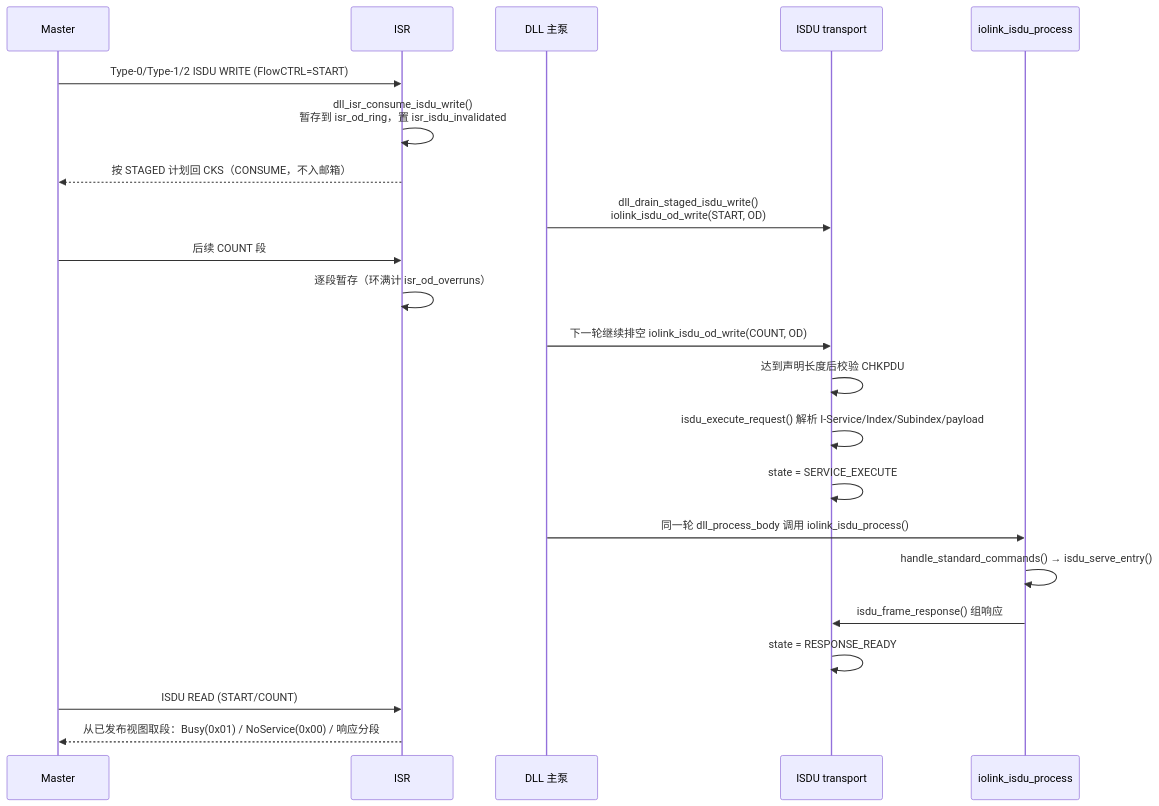
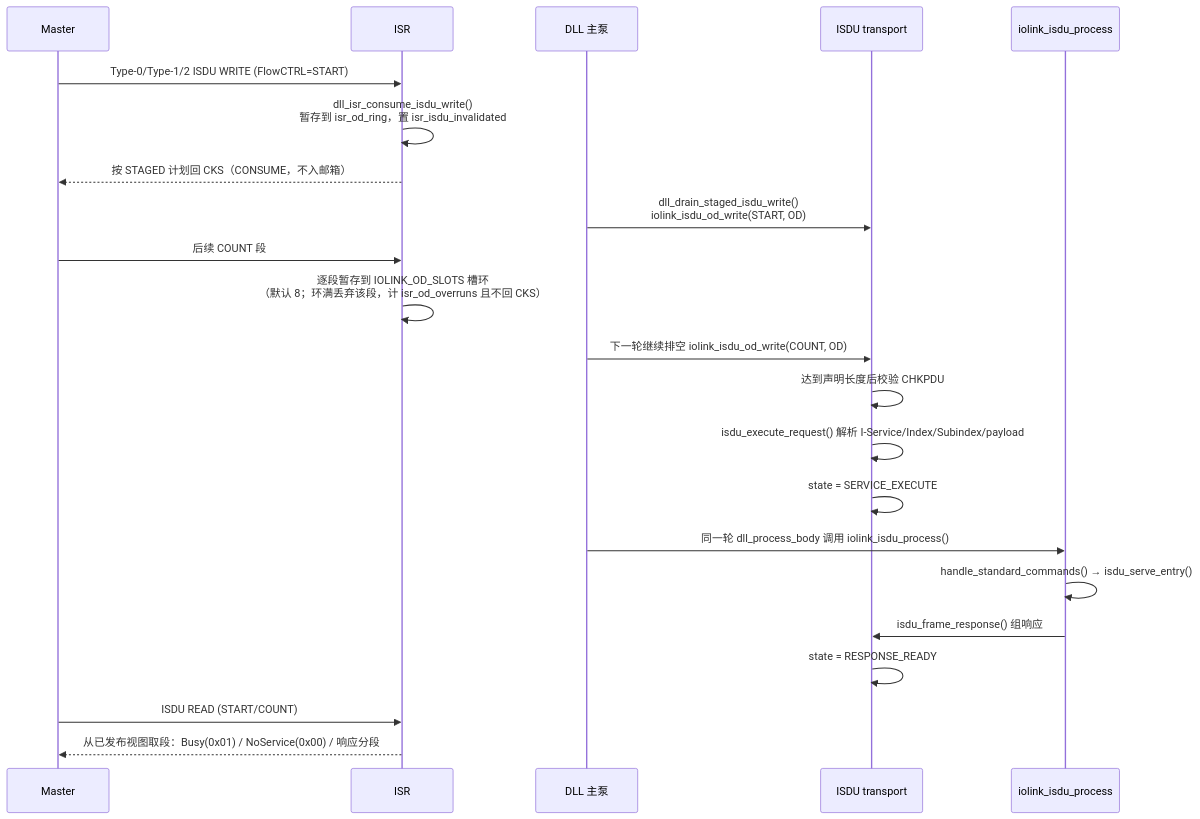
Before and after one commit to Adlyq/iolinki: the tenth of 16 diagrams in docs/CODE_FLOW.md, drawn with Mermaid. The commit also changed other lines of this file and 25 other files, not shown here.

````diff
--- a/docs/CODE_FLOW.md
+++ b/docs/CODE_FLOW.md
@@ -514,25 +514,25 @@
 ```mermaid
 sequenceDiagram
     participant M as Master
     participant I as ISR
     participant D as DLL 主泵
     participant T as ISDU transport
     participant S as iolink_isdu_process
 
     M->>I: Type-0/Type-1/2 ISDU WRITE (FlowCTRL=START)
     I->>I: dll_isr_consume_isdu_write()<br/>暂存到 isr_od_ring，置 isr_isdu_invalidated
     I-->>M: 按 STAGED 计划回 CKS（CONSUME，不入邮箱）
     D->>T: dll_drain_staged_isdu_write()<br/>iolink_isdu_od_write(START, OD)
     M->>I: 后续 COUNT 段
-    I->>I: 逐段暂存（环满计 isr_od_overruns）
+    I->>I: 逐段暂存到 IOLINK_OD_SLOTS 槽环<br/>（默认 8；环满丢弃该段，计 isr_od_overruns 且不回 CKS）
     D->>T: 下一轮继续排空 iolink_isdu_od_write(COUNT, OD)
     T->>T: 达到声明长度后校验 CHKPDU
     T->>T: isdu_execute_request() 解析 I-Service/Index/Subindex/payload
     T->>T: state = SERVICE_EXECUTE
     D->>S: 同一轮 dll_process_body 调用 iolink_isdu_process()
     S->>S: handle_standard_commands() → isdu_serve_entry()
     S->>T: isdu_frame_response() 组响应
     T->>T: state = RESPONSE_READY
     M->>I: ISDU READ (START/COUNT)
     I-->>M: 从已发布视图取段：Busy(0x01) / NoService(0x00) / 响应分段
 ```
````
